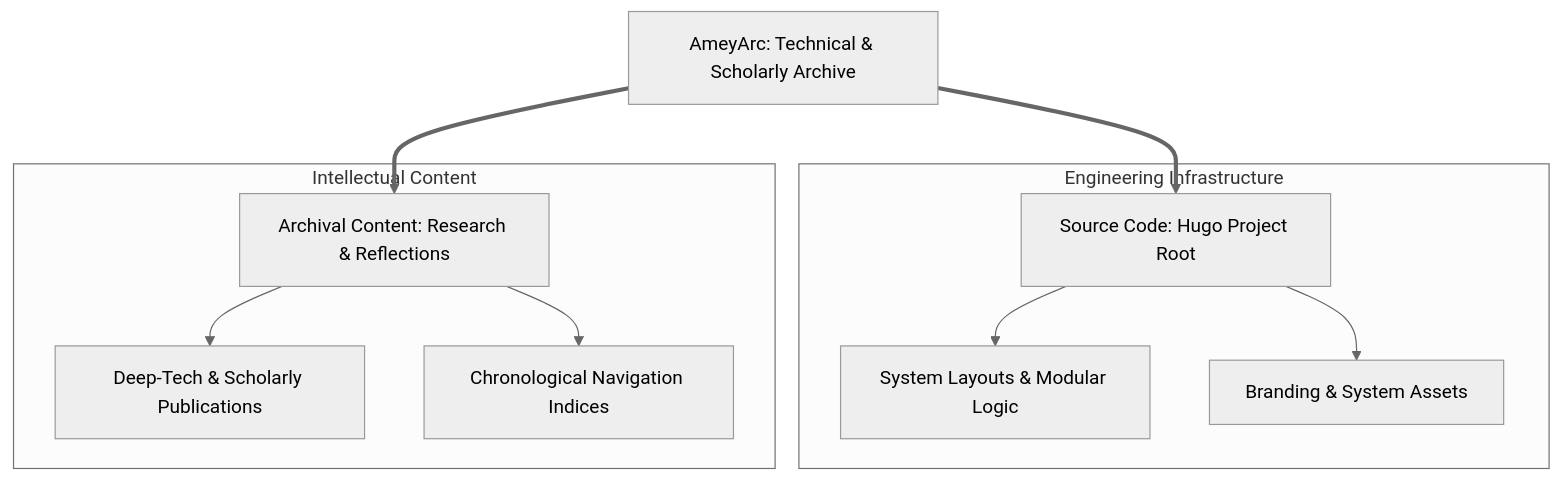
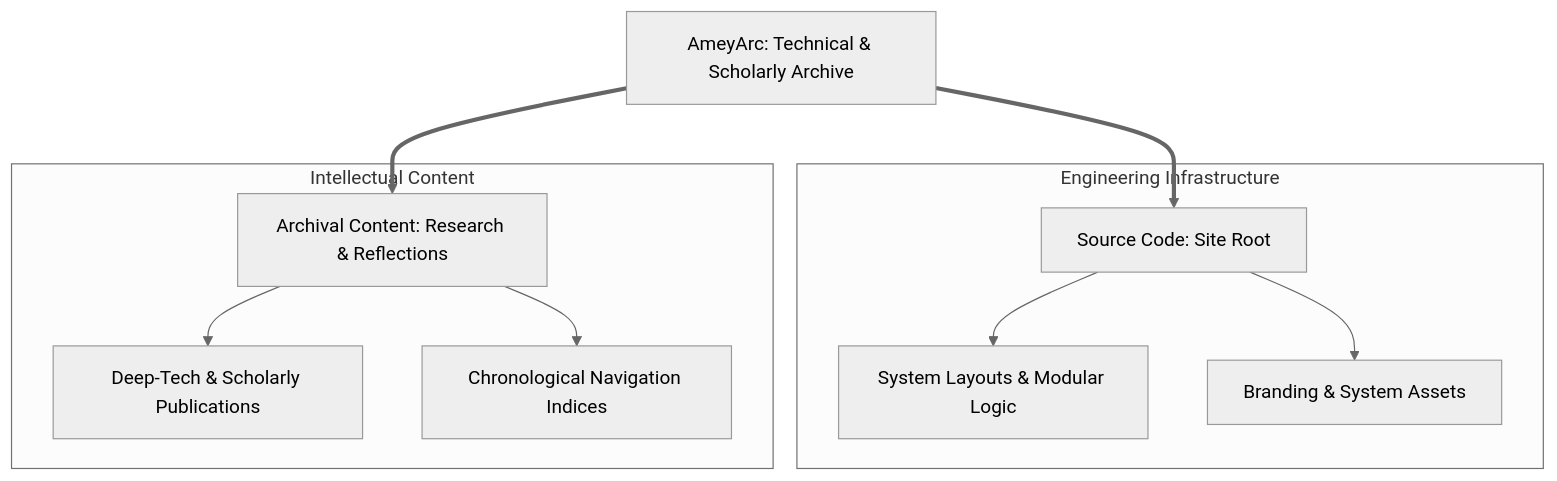
One commit to Amey-Thakur/Amey-Thakur.github.io changed the diagram in README.md. Above: the diagram before and after it, drawn with Mermaid (neutral theme). The commit also changed other lines of this file and 2 other files, not shown here.

````diff
--- a/README.md
+++ b/README.md
@@ -68,27 +73,27 @@
 ```mermaid
 graph TD
     %% Global Entry Point
     Root["AmeyArc: Technical & Scholarly Archive"]
     
     subgraph "Engineering Infrastructure"
-        Source["Source Code: Hugo Project Root"]
+        Source["Source Code: Site Root"]
         Logic["System Layouts & Modular Logic"]
         Static["Branding & System Assets"]
     end
     
     subgraph "Intellectual Content"
         Content["Archival Content: Research & Reflections"]
         Research["Deep-Tech & Scholarly Publications"]
         History["Chronological Navigation Indices"]
     end
     
     %% Architectural Relationships
     Root ==> Source
     Root ==> Content
     
     Source --> Logic
     Source --> Static
     
     Content --> Research
     Content --> History
 ```
````
